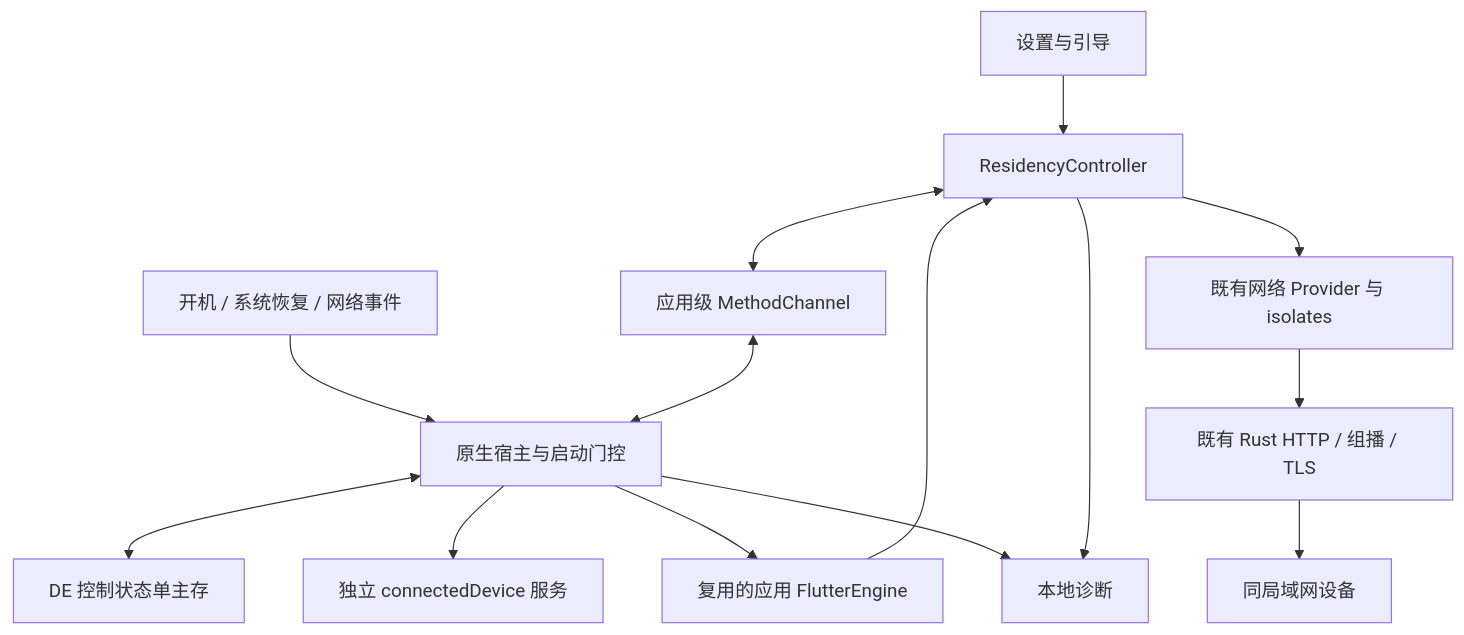
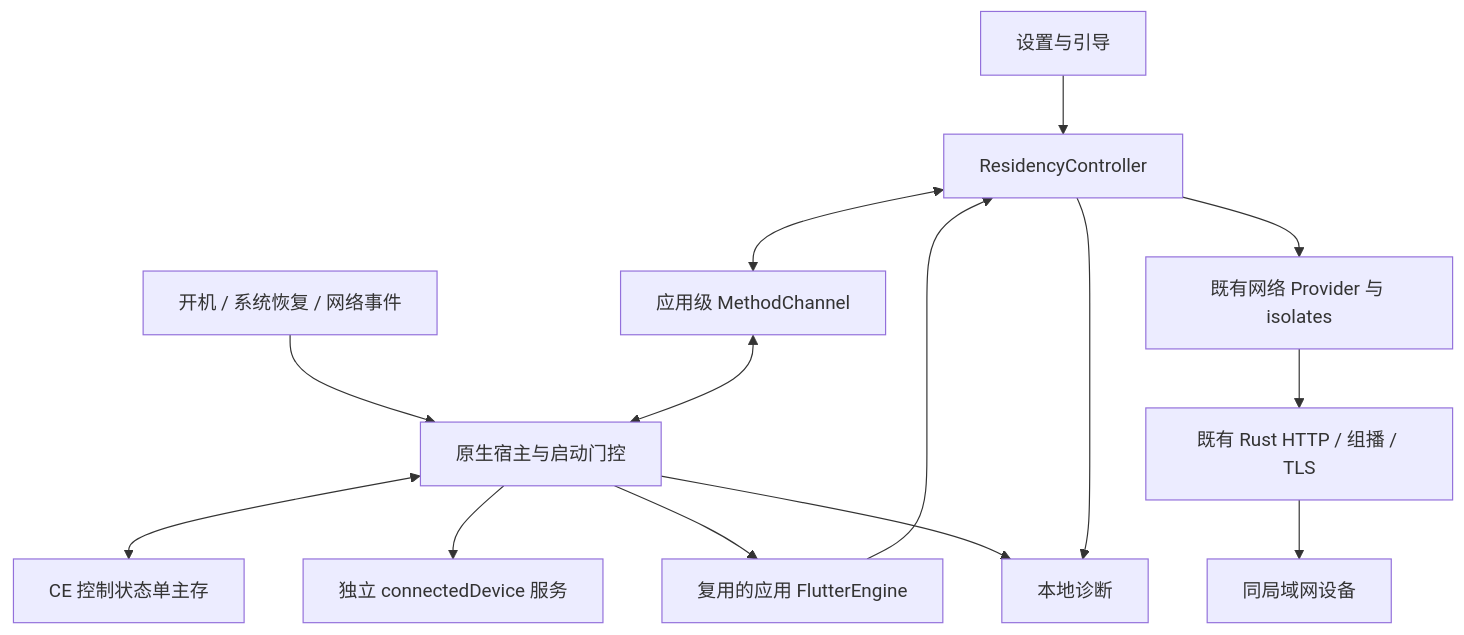
One commit to mxy1021/localsend_x changed the first of 2 diagrams in docs/architecture.md. Above: the diagram before and after it, drawn with Mermaid. The commit also changed other lines of this file, not shown here.

````diff
--- a/docs/architecture.md
+++ b/docs/architecture.md
@@ -87,16 +91,16 @@
 ```mermaid
 flowchart TD
   UI[设置与引导] --> CTRL[ResidencyController]
   BOOT[开机 / 系统恢复 / 网络事件] --> HOST[原生宿主与启动门控]
-  HOST <--> STORE[DE 控制状态单主存]
+  HOST <--> STORE[CE 控制状态单主存]
   CTRL <--> BRIDGE[应用级 MethodChannel]
   BRIDGE <--> HOST
   HOST --> SERVICE[独立 connectedDevice 服务]
   HOST --> ENGINE[复用的应用 FlutterEngine]
   ENGINE --> CTRL
   CTRL --> NET[既有网络 Provider 与 isolates]
   NET --> CORE[既有 Rust HTTP / 组播 / TLS]
   CORE --> PEER[同局域网设备]
   HOST --> DIAG[本地诊断]
   CTRL --> DIAG
 ```
````
